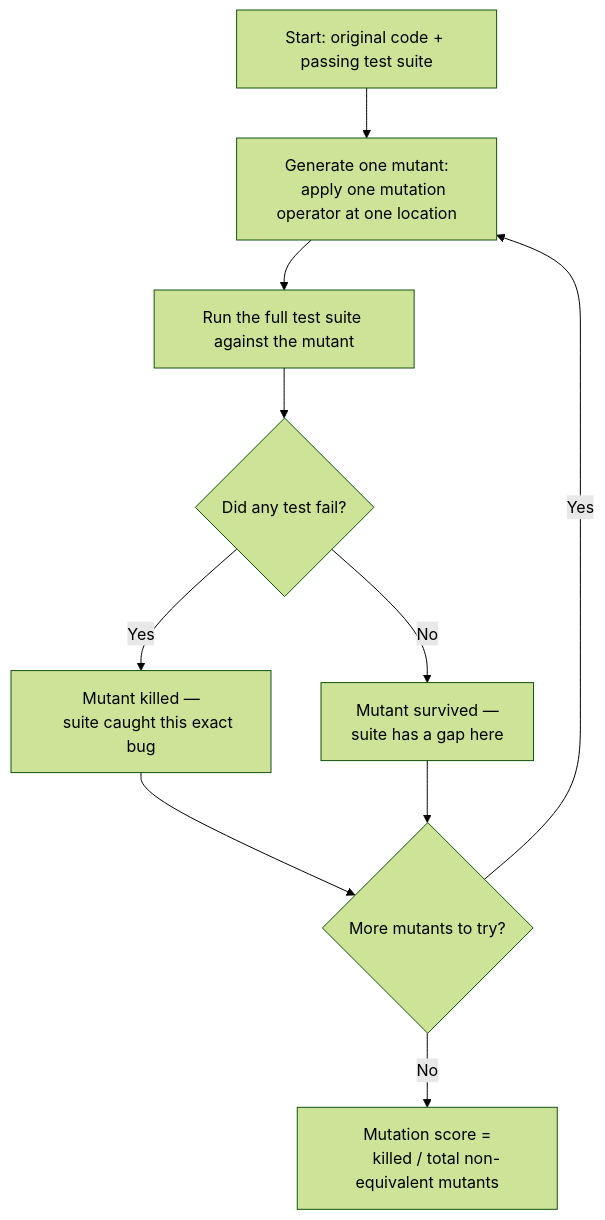
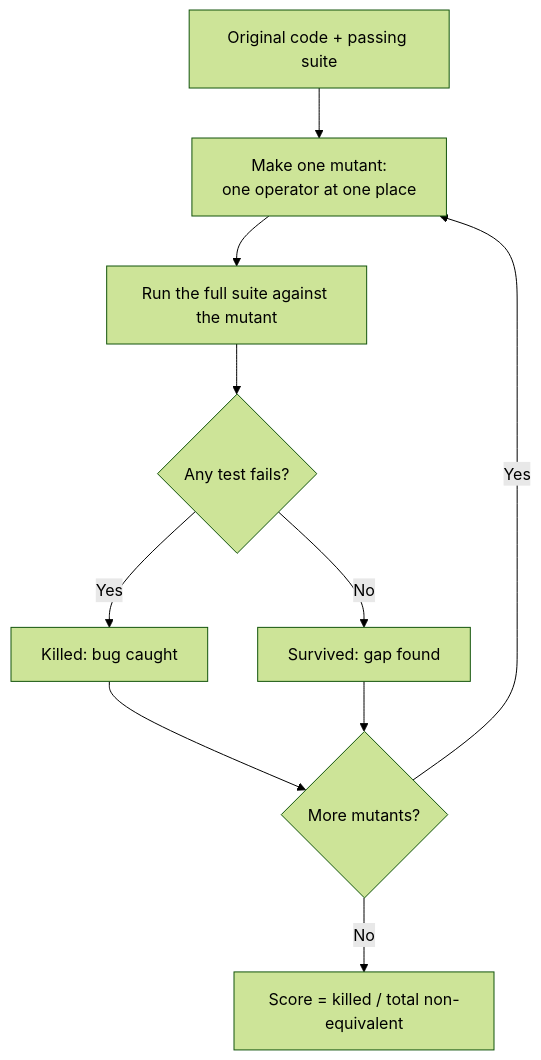
The diagram in src/content/testing-quality/mutation-testing/L2-concept.mdx (francoandreDev/knowledge), drawn with Mermaid (forest theme) before and after one commit. The commit also changed other lines of this file and 16 other files, not shown here.

Commit message:
Migrate testing-quality batch 2 (bdd, test-doubles, flaky-tests, mutation-testing) to the three-tier exercise model

````diff
--- a/src/content/testing-quality/mutation-testing/L2-concept.mdx
+++ b/src/content/testing-quality/mutation-testing/L2-concept.mdx
@@ -30,16 +31,13 @@
 ```mermaid
 flowchart TD
-    A[Start: original code + passing test suite] --> B[Generate one mutant:
-    apply one mutation operator at one location]
-    B --> C[Run the full test suite against the mutant]
-    C --> D{Did any test fail?}
-    D -- Yes --> E[Mutant killed —
-    suite caught this exact bug]
-    D -- No --> F[Mutant survived —
-    suite has a gap here]
-    E --> G{More mutants to try?}
+    A[Original code + passing suite] --> B[Make one mutant:
+    one operator at one place]
+    B --> C[Run the full suite against the mutant]
+    C --> D{Any test fails?}
+    D -- Yes --> E[Killed: bug caught]
+    D -- No --> F[Survived: gap found]
+    E --> G{More mutants?}
     F --> G
     G -- Yes --> B
-    G -- No --> H[Mutation score =
-    killed / total non-equivalent mutants]
+    G -- No --> H[Score = killed / total non-equivalent]
 ```
````
